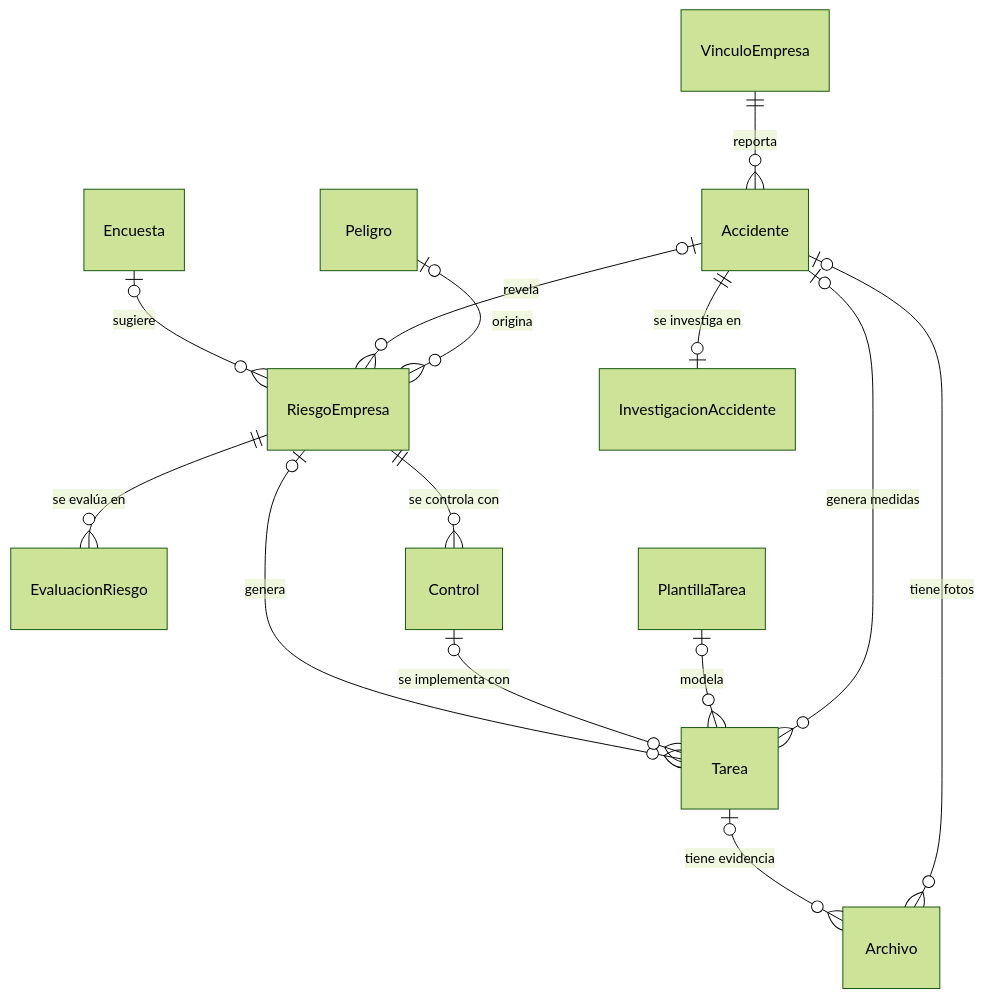
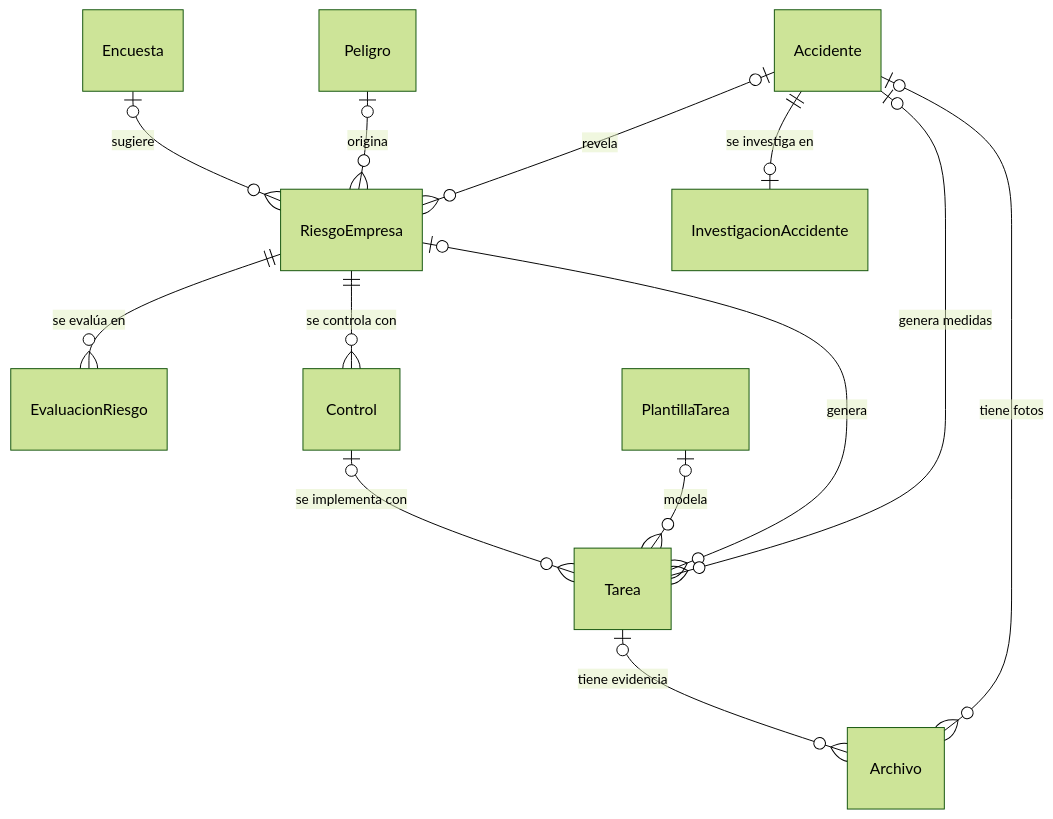
Before and after one commit to ddestephen/Sistemas-Expertos: the third of 4 diagrams in 12-modelo-datos.md, drawn with Mermaid (forest theme). The commit also changed other lines of this file and 10 other files, not shown here.

````diff
--- a/12-modelo-datos.md
+++ b/12-modelo-datos.md
@@ -136,16 +136,15 @@
 ```mermaid
 erDiagram
     Encuesta |o--o{ RiesgoEmpresa : "sugiere"
     Accidente |o--o{ RiesgoEmpresa : "revela"
     Peligro |o--o{ RiesgoEmpresa : "origina"
     RiesgoEmpresa ||--o{ EvaluacionRiesgo : "se evalúa en"
     RiesgoEmpresa ||--o{ Control : "se controla con"
     RiesgoEmpresa |o--o{ Tarea : "genera"
     Control |o--o{ Tarea : "se implementa con"
     PlantillaTarea |o--o{ Tarea : "modela"
     Accidente ||--o| InvestigacionAccidente : "se investiga en"
     Accidente |o--o{ Tarea : "genera medidas"
-    VinculoEmpresa ||--o{ Accidente : "reporta"
     Tarea |o--o{ Archivo : "tiene evidencia"
     Accidente |o--o{ Archivo : "tiene fotos"
 ```
````
